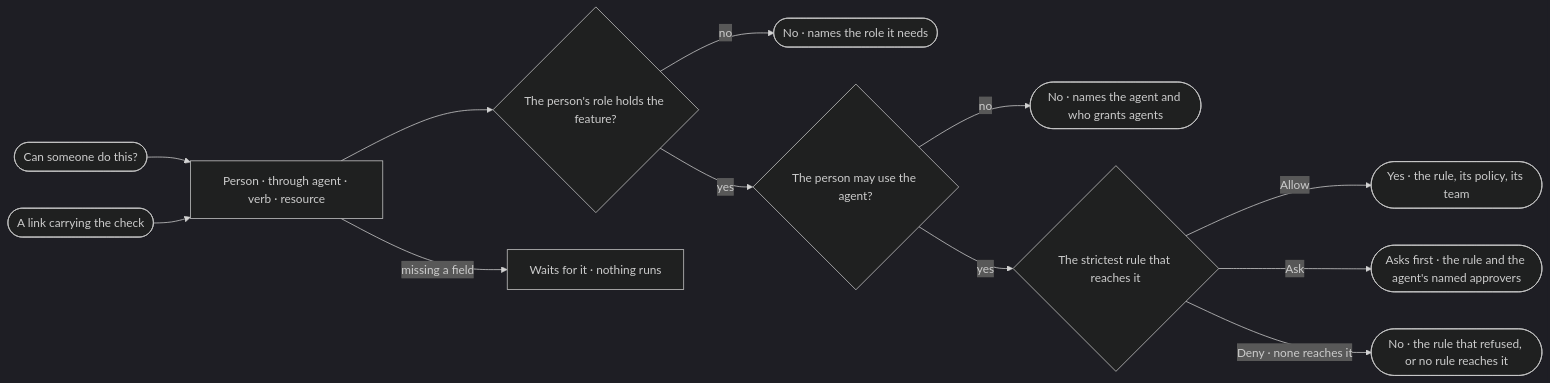
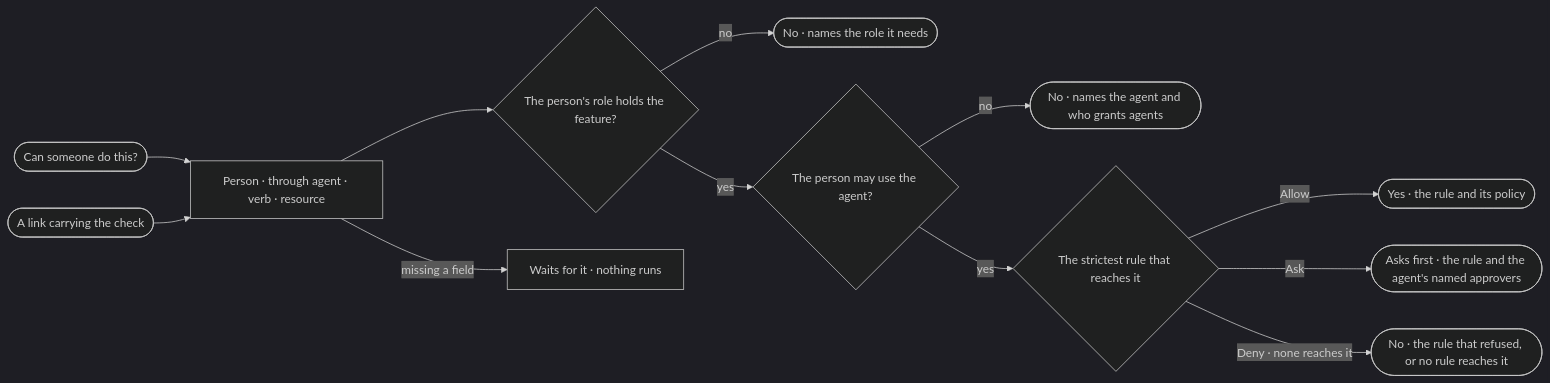
One commit to invana/invana changed the diagram in specs/os/access/features/AC-F02-access-policies/stories/AC-08-check-whether-someone-can-do-something/story.md. Above: the diagram before and after it, drawn with Mermaid (dark theme). The commit also changed other lines of this file and 300 other files, not shown here.

````diff
--- a/specs/os/access/features/AC-F02-access-policies/stories/AC-08-check-whether-someone-can-do-something/story.md
+++ b/specs/os/access/features/AC-F02-access-policies/stories/AC-08-check-whether-someone-can-do-something/story.md
@@ -26,14 +26,14 @@
 ```mermaid
 flowchart LR
   s([Can someone do this?]) --> f["Person · through agent · verb · resource"]
   f --> r{"The person's role holds the feature?"}
   r -->|no| nr(["No · names the role it needs"])
   r -->|yes| u{"The person may use the agent?"}
   u -->|no| nu(["No · names the agent and who grants agents"])
   u -->|yes| c{"The strictest rule that reaches it"}
-  c -->|Allow| y(["Yes · the rule, its policy, its team"])
+  c -->|Allow| y(["Yes · the rule and its policy"])
   c -->|Ask| a(["Asks first · the rule and the agent's named approvers"])
   c -->|Deny · none reaches it| n(["No · the rule that refused, or no rule reaches it"])
   f -->|missing a field| w["Waits for it · nothing runs"]
   l([A link carrying the check]) --> f
 ```
````
